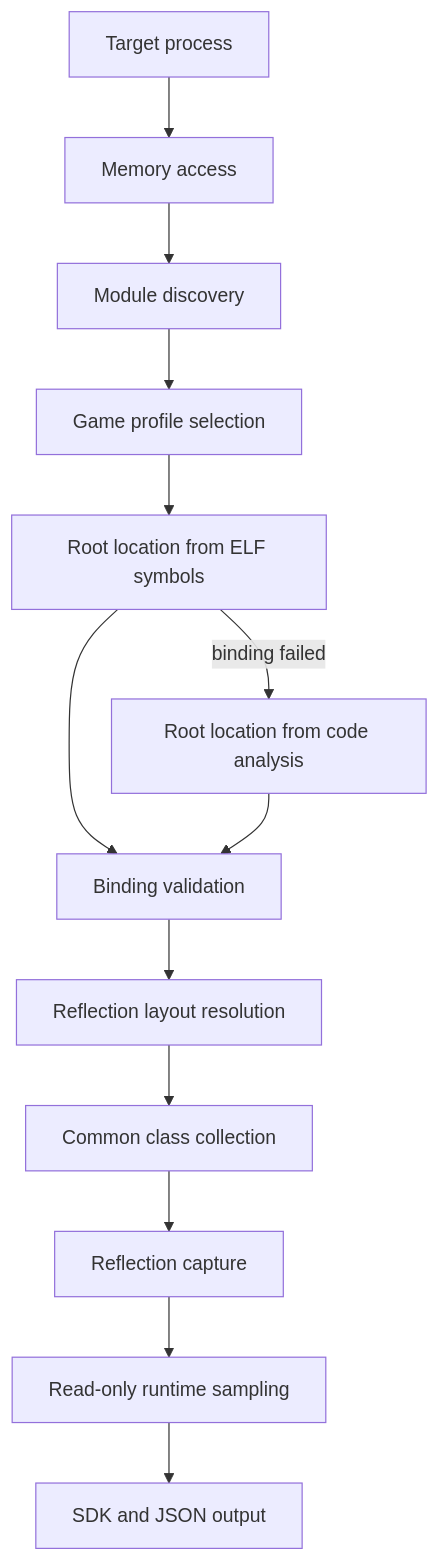
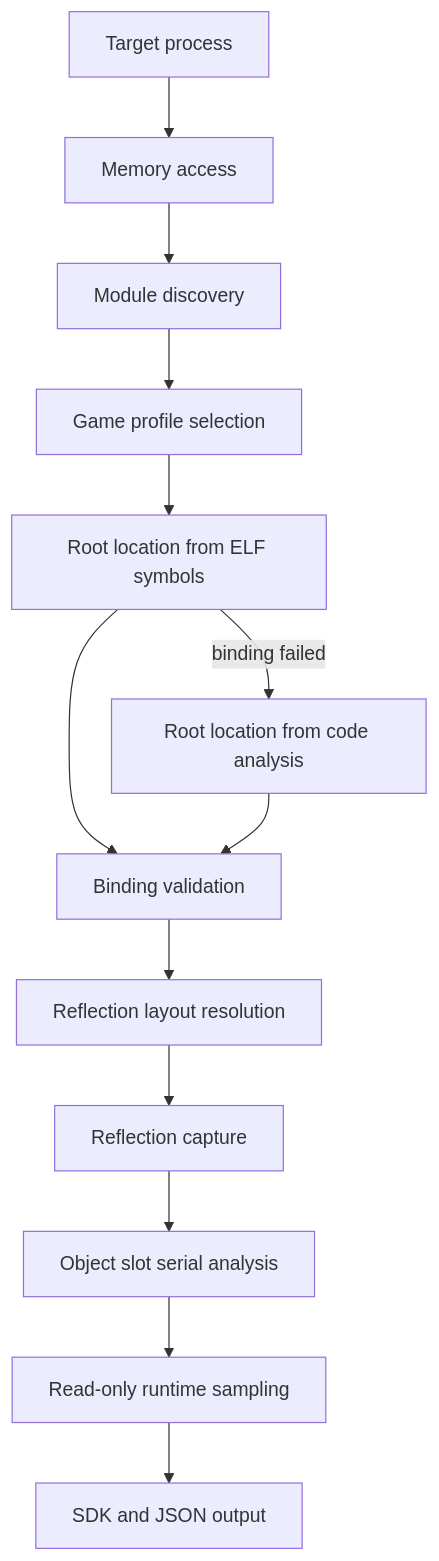
One commit to Ezeny1337/NextDumper changed the diagram in README.md. Above: the diagram before and after it, drawn with Mermaid. The commit also changed other lines of this file and 1 other file, not shown here.

Commit message:
docs(readme): 更新 README

````diff
--- a/README.md
+++ b/README.md
@@ -32,15 +32,15 @@
 ```mermaid
 flowchart TD
     A[Target process] --> B[Memory access]
     B --> C[Module discovery]
     C --> D[Game profile selection]
     D --> E[Root location from ELF symbols]
     E -->|binding failed| E2[Root location from code analysis]
     E --> F[Binding validation]
     E2 --> F
     F --> G[Reflection layout resolution]
-    G --> H[Common class collection]
-    H --> I[Reflection capture]
+    G --> H[Reflection capture]
+    H --> I[Object slot serial analysis]
     I --> J[Read-only runtime sampling]
     J --> K[SDK and JSON output]
 ```
````
